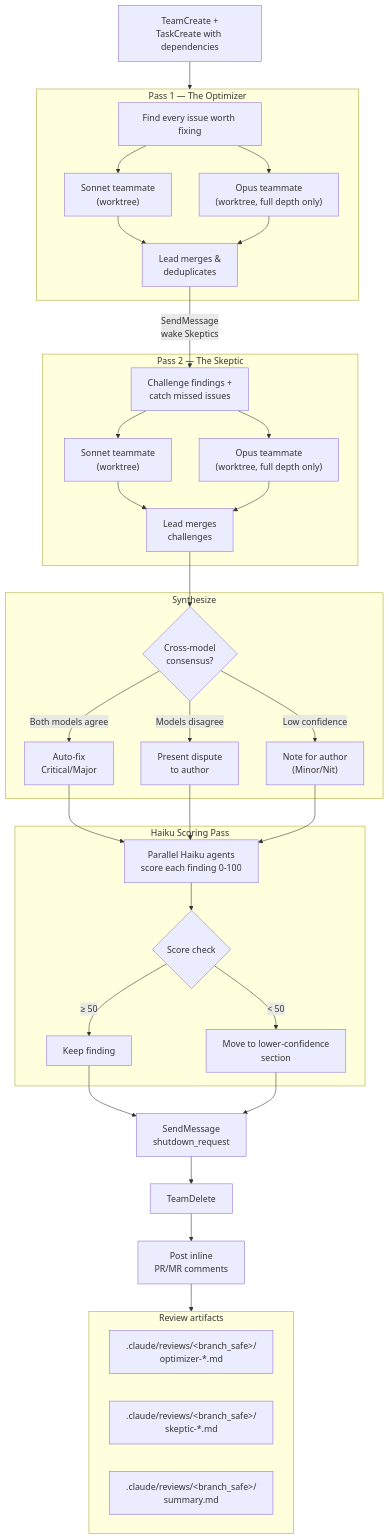
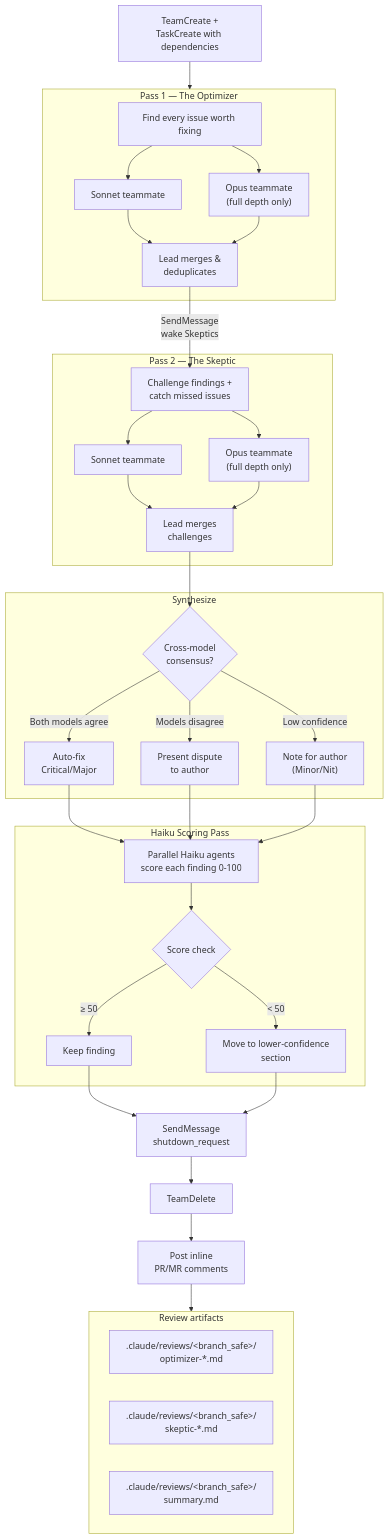
One commit to ng/adversarial-review changed the second of 2 diagrams in README.md. Above: the diagram before and after it, drawn with Mermaid.

Commit message:
fix: remove (worktree) labels from mermaid diagrams (#6)
Diagrams still showed "(worktree)" on teammate nodes after worktree
isolation was removed in v1.2.0. Flagged by CodeRabbit on PR #5.

````diff
--- a/README.md
+++ b/README.md
@@ -61,60 +61,60 @@
 ```mermaid
 flowchart TD
     Team["TeamCreate +<br/>TaskCreate with dependencies"] --> Pass1
 
     subgraph Pass1["Pass 1 — The Optimizer"]
         Optimizer["Find every issue worth fixing"]
-        OptSonnet["Sonnet teammate<br/>(worktree)"]
-        OptOpus["Opus teammate<br/>(worktree, full depth only)"]
+        OptSonnet["Sonnet teammate"]
+        OptOpus["Opus teammate<br/>(full depth only)"]
         MergeOpt["Lead merges &<br/>deduplicates"]
         Optimizer --> OptSonnet & OptOpus
         OptSonnet & OptOpus --> MergeOpt
     end
 
     MergeOpt -->|"SendMessage<br/>wake Skeptics"| Skeptic
 
     subgraph Pass2["Pass 2 — The Skeptic"]
         Skeptic["Challenge findings +<br/>catch missed issues"]
-        SkpSonnet["Sonnet teammate<br/>(worktree)"]
-        SkpOpus["Opus teammate<br/>(worktree, full depth only)"]
+        SkpSonnet["Sonnet teammate"]
+        SkpOpus["Opus teammate<br/>(full depth only)"]
         MergeSkp["Lead merges<br/>challenges"]
         Skeptic --> SkpSonnet & SkpOpus
         SkpSonnet & SkpOpus --> MergeSkp
     end
 
     MergeSkp --> Confidence
 
     subgraph Synthesis["Synthesize"]
         Confidence{"Cross-model<br/>consensus?"}
         AutoFix["Auto-fix<br/>Critical/Major"]
         Dispute["Present dispute<br/>to author"]
         Note["Note for author<br/>(Minor/Nit)"]
         Confidence -->|"Both models agree"| AutoFix
         Confidence -->|"Models disagree"| Dispute
         Confidence -->|"Low confidence"| Note
     end
 
     AutoFix & Dispute & Note --> Haiku
 
     subgraph HaikuPass["Haiku Scoring Pass"]
         Haiku["Parallel Haiku agents<br/>score each finding 0-100"]
         Filter{"Score check"}
         Keep["Keep finding"]
         Downgrade["Move to lower-confidence<br/>section"]
         Haiku --> Filter
         Filter -->|"≥ 50"| Keep
         Filter -->|"< 50"| Downgrade
     end
 
     Keep & Downgrade --> ShutdownReq["SendMessage<br/>shutdown_request"]
     ShutdownReq --> Shutdown["TeamDelete"]
     Shutdown --> PR["Post inline<br/>PR/MR comments"]
     PR --> Artifacts
 
     subgraph Artifacts["Review artifacts"]
         direction LR
         A1[".claude/reviews/&lt;branch_safe&gt;/<br/>optimizer-*.md"]
         A2[".claude/reviews/&lt;branch_safe&gt;/<br/>skeptic-*.md"]
         A3[".claude/reviews/&lt;branch_safe&gt;/<br/>summary.md"]
     end
 ```
````
